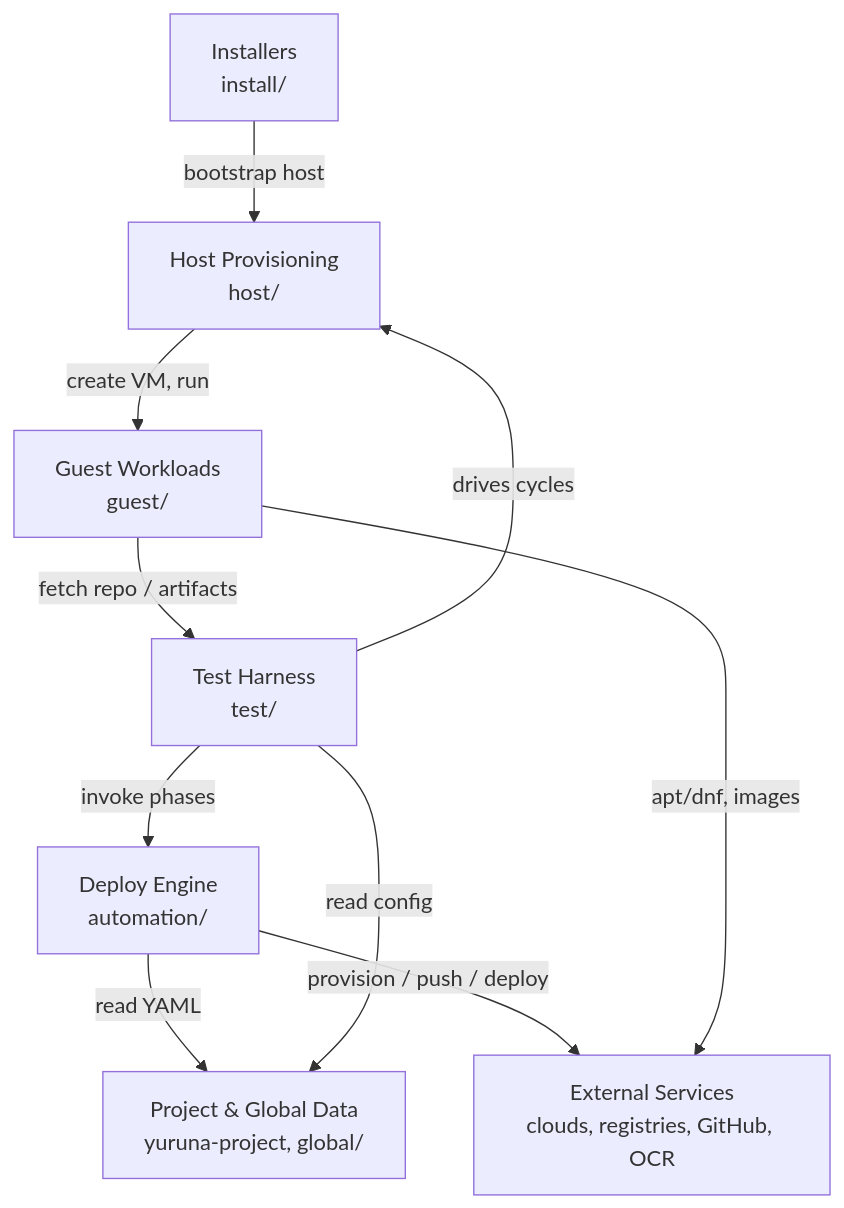
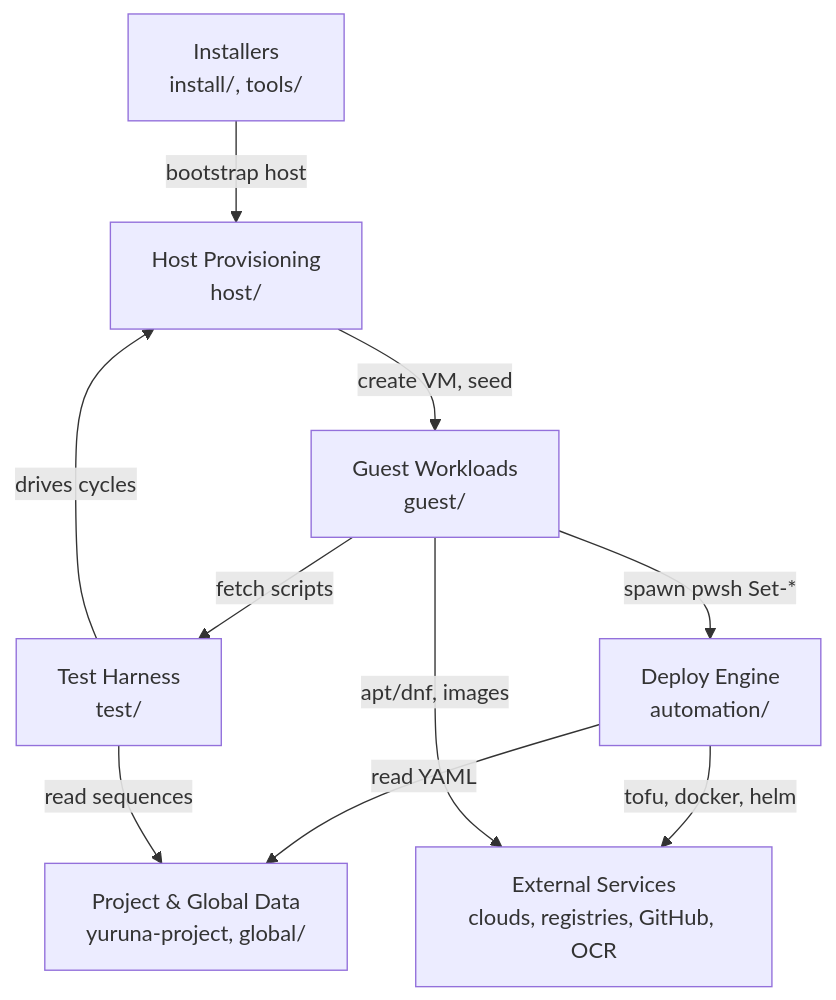
Before and after one commit to alissonsol/yuruna: the diagram in docs/design/01-context-and-components.md, drawn with Mermaid. The commit also changed other lines of this file and 536 other files, not shown here.

````diff
--- a/docs/design/01-context-and-components.md
+++ b/docs/design/01-context-and-components.md
@@ -12,20 +13,20 @@
 ```mermaid
 flowchart TD
-    installers[Installers<br/>install/]
+    installers[Installers<br/>install/, tools/]
     host-provisioning[Host Provisioning<br/>host/]
     guest-workloads[Guest Workloads<br/>guest/]
     test-harness[Test Harness<br/>test/]
     deploy-engine[Deploy Engine<br/>automation/]
     project-data[Project & Global Data<br/>yuruna-project, global/]
     external-services[External Services<br/>clouds, registries, GitHub, OCR]
 
     installers -->|bootstrap host| host-provisioning
     test-harness -->|drives cycles| host-provisioning
-    host-provisioning -->|create VM, run| guest-workloads
-    guest-workloads -->|fetch repo / artifacts| test-harness
-    test-harness -->|invoke phases| deploy-engine
+    host-provisioning -->|create VM, seed| guest-workloads
+    guest-workloads -->|fetch scripts| test-harness
+    guest-workloads -->|spawn pwsh Set-*| deploy-engine
     deploy-engine -->|read YAML| project-data
-    test-harness -->|read config| project-data
-    deploy-engine -->|provision / push / deploy| external-services
+    test-harness -->|read sequences| project-data
+    deploy-engine -->|tofu, docker, helm| external-services
     guest-workloads -->|apt/dnf, images| external-services
 ```
````
